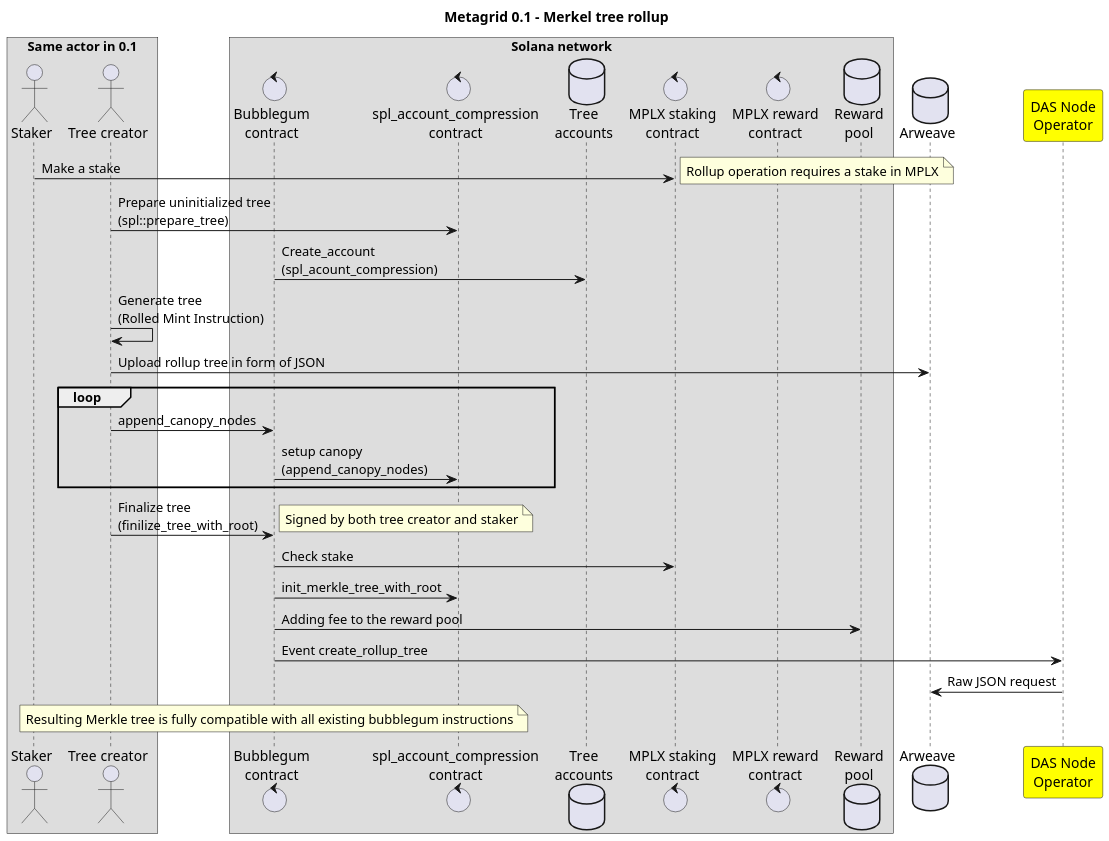
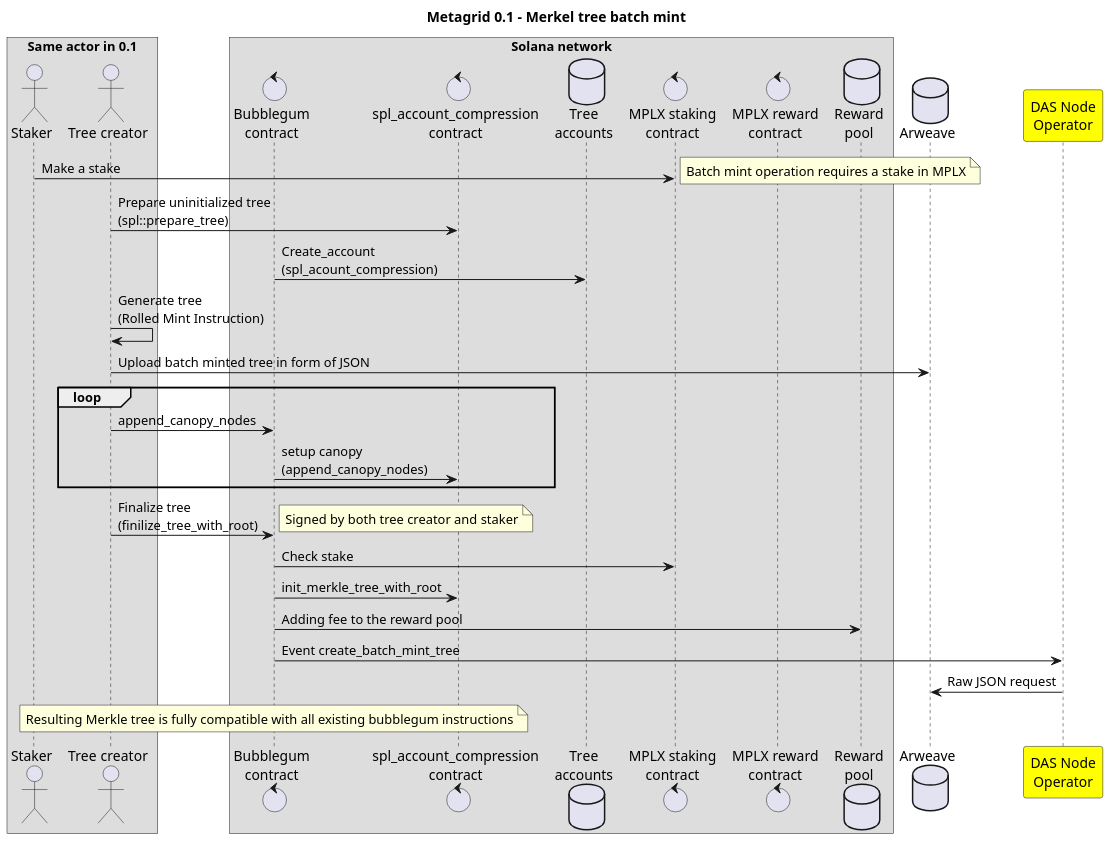
One commit to metaplex-foundation/aura changed the diagram in doc/puml/metagrid-sequence_diagram.puml. Above: the diagram before and after it, drawn with PlantUML. The commit also changed 9 other files, not shown here.

```diff
--- a/doc/puml/metagrid-sequence_diagram.puml
+++ b/doc/puml/metagrid-sequence_diagram.puml
@@ -1,59 +1,59 @@
 @startuml
-title Metagrid 0.1 - Merkel tree rollup
+title Metagrid 0.1 - Merkel tree batch mint
 scale 1.5
 ' ##################
 ' ### components ###
 ' ##################
 
 box "Same actor in 0.1"
     actor "Staker" as Staker
     actor  "Tree creator" as TreeCreator
 end box
 box "Solana network"
     control "Bubblegum\ncontract"  as Bubblegum
     control "spl_account_compression\ncontract" as SplAccountCompression
     database "Tree\naccounts" as Solana
     control "MPLX staking\ncontract" as StakingContract
     control "MPLX reward\ncontract" as RewardContract
     database "Reward\npool" as RewardPool
 end box
 database "Arweave" as Arweave
 participant "DAS Node\nOperator" as DASNode #yellow
 
 ' ####################
 ' ### interactions ###
 ' ####################
 
 Staker -> StakingContract : Make a stake
 note right
-  Rollup operation requires a stake in MPLX
+  Batch mint operation requires a stake in MPLX
 end note
 
 
 TreeCreator -> SplAccountCompression : Prepare uninitialized tree\n(spl::prepare_tree)
 Bubblegum -> Solana : Create_account\n(spl_acount_compression)
 
 TreeCreator -> TreeCreator : Generate tree\n(Rolled Mint Instruction)
-TreeCreator -> Arweave : Upload rollup tree in form of JSON
+TreeCreator -> Arweave : Upload batch minted tree in form of JSON
 
 loop
   TreeCreator -> Bubblegum: append_canopy_nodes
   Bubblegum -> SplAccountCompression : setup canopy\n(append_canopy_nodes)
 end
 TreeCreator -> Bubblegum : Finalize tree\n(finilize_tree_with_root)
 note right
   Signed by both tree creator and staker
 end note
 
 Bubblegum -> StakingContract : Check stake
 Bubblegum -> SplAccountCompression : init_merkle_tree_with_root
 Bubblegum -> RewardPool : Adding fee to the reward pool
 
-Bubblegum -> DASNode : Event create_rollup_tree
+Bubblegum -> DASNode : Event create_batch_mint_tree
 DASNode -> Arweave : Raw JSON request
 
 note over Bubblegum
 Resulting Merkle tree is fully compatible with all existing bubblegum instructions
 end note
 
 @enduml
```
